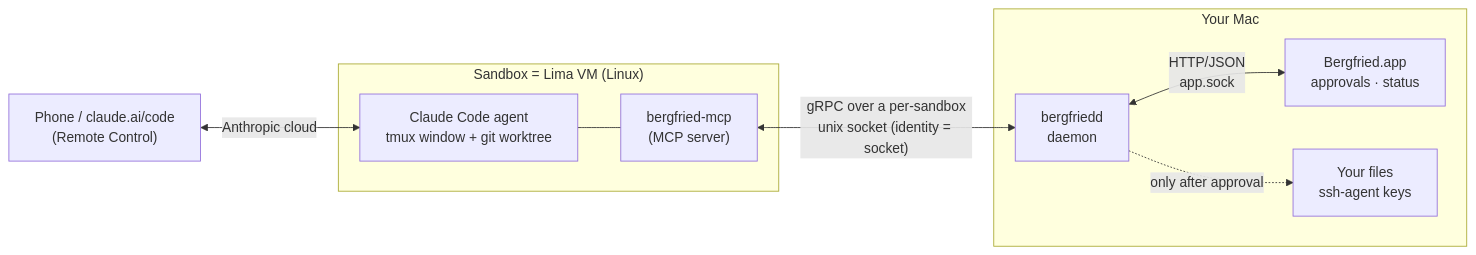
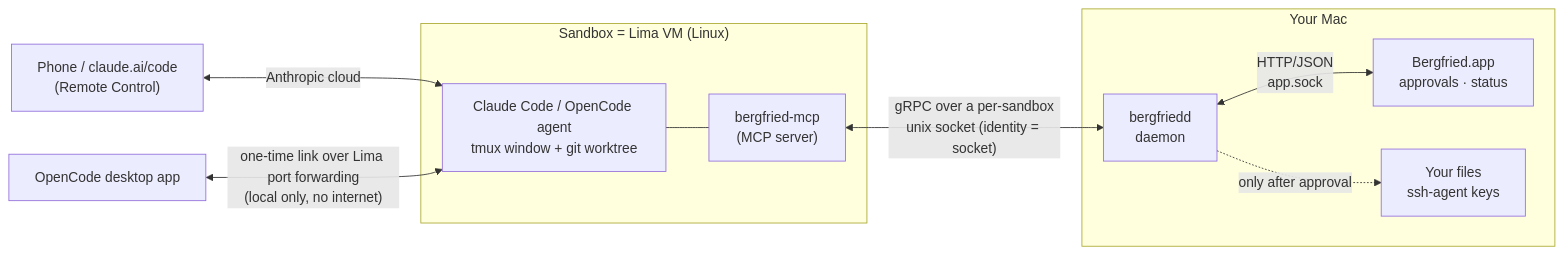
The first of 2 diagrams in docs/ARCHITECTURE.md (DevertNet/bergfried), drawn with Mermaid before and after one commit. The commit also changed other lines of this file and 25 other files, not shown here.

First line of the commit message:
OpenCode as a second agent runtime next to Claude

````diff
--- a/docs/ARCHITECTURE.md
+++ b/docs/ARCHITECTURE.md
@@ -6,18 +6,20 @@
 ```mermaid
 flowchart LR
   phone["Phone / claude.ai/code<br/>(Remote Control)"]
+  desktop["OpenCode desktop app"]
   subgraph vm["Sandbox = Lima VM (Linux)"]
-    agent["Claude Code agent<br/>tmux window + git worktree"]
+    agent["Claude Code / OpenCode agent<br/>tmux window + git worktree"]
     mcp["bergfried-mcp<br/>(MCP server)"]
     agent --- mcp
   end
   subgraph mac["Your Mac"]
     daemon["bergfriedd<br/>daemon"]
     app["Bergfried.app<br/>approvals · status"]
     data["Your files<br/>ssh-agent keys"]
     daemon <-->|"HTTP/JSON<br/>app.sock"| app
     daemon -.->|"only after approval"| data
   end
   phone <-->|"Anthropic cloud"| agent
+  desktop <-->|"one-time link over Lima port forwarding<br/>(local only, no internet)"| agent
   mcp <-->|"gRPC over a per-sandbox<br/>unix socket (identity = socket)"| daemon
 ```
````
